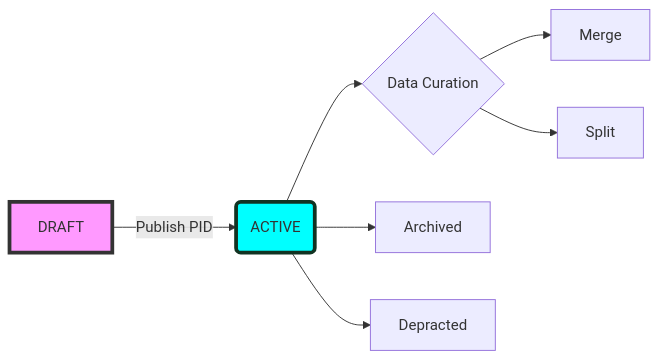
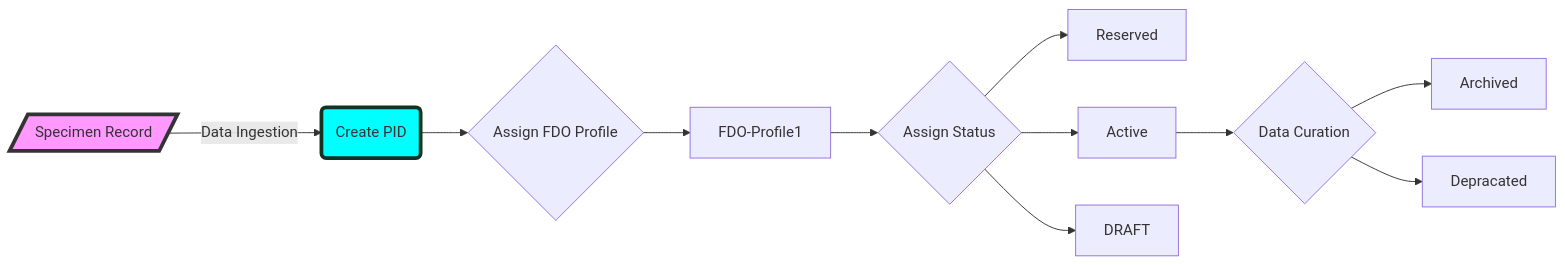
The diagram in pid-lifecycle.md (sharifX/random), drawn with Mermaid before and after one commit.

Commit message:
update flowchart

````diff
--- a/pid-lifecycle.md
+++ b/pid-lifecycle.md
@@ -17,11 +17,15 @@
 ```mermaid
 flowchart LR
 style A fill:#f9f,stroke:#333,stroke-width:4px
 style B fill:#0ff,stroke:#132,stroke-width:4px
-    A[DRAFT] -->|Publish PID| B(ACTIVE)
-    B --> C{Data Curation}
-    C --> Merge
-    C --> Split
-    B --> Archived
-    B --> Depracted
+    A[/Specimen Record/] -->|Data Ingestion| B(Create PID)
+    B --> C{Assign FDO Profile}
+    C --> D[FDO-Profile1]
+    D --> E{Assign Status}
+    E --> Reserved
+    E --> F[Active]
+    E --> DRAFT
+    F --> G{Data Curation}
+    G --> Archived
+    G --> Depracated
 ```
````
